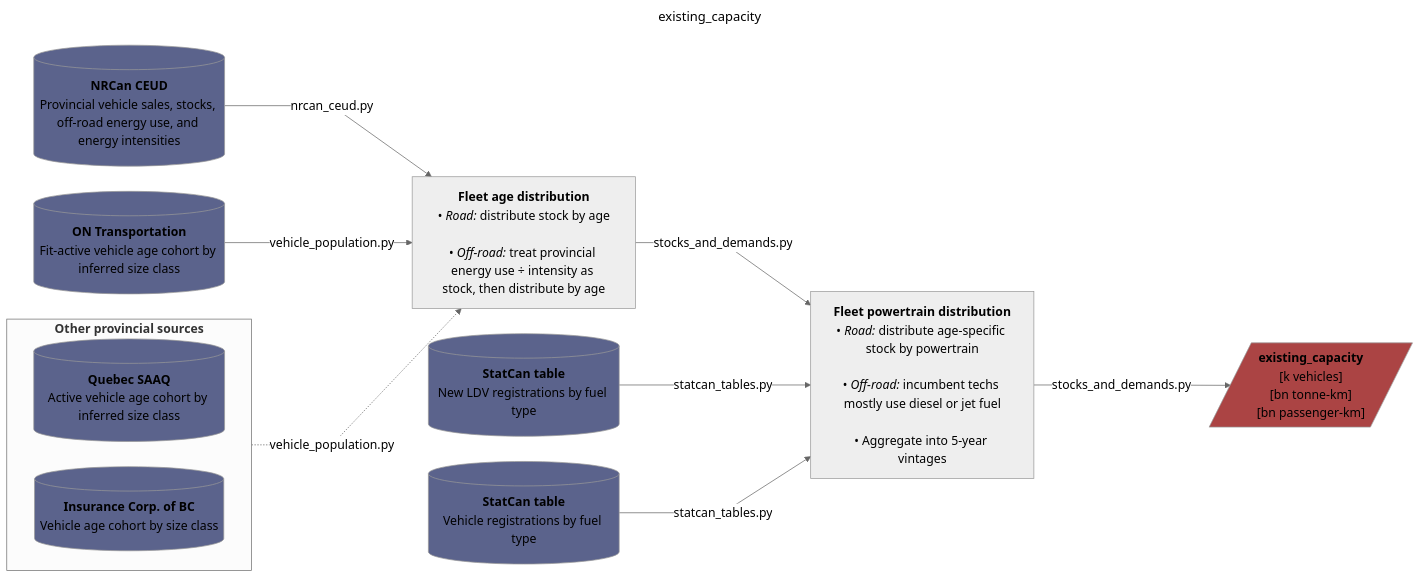
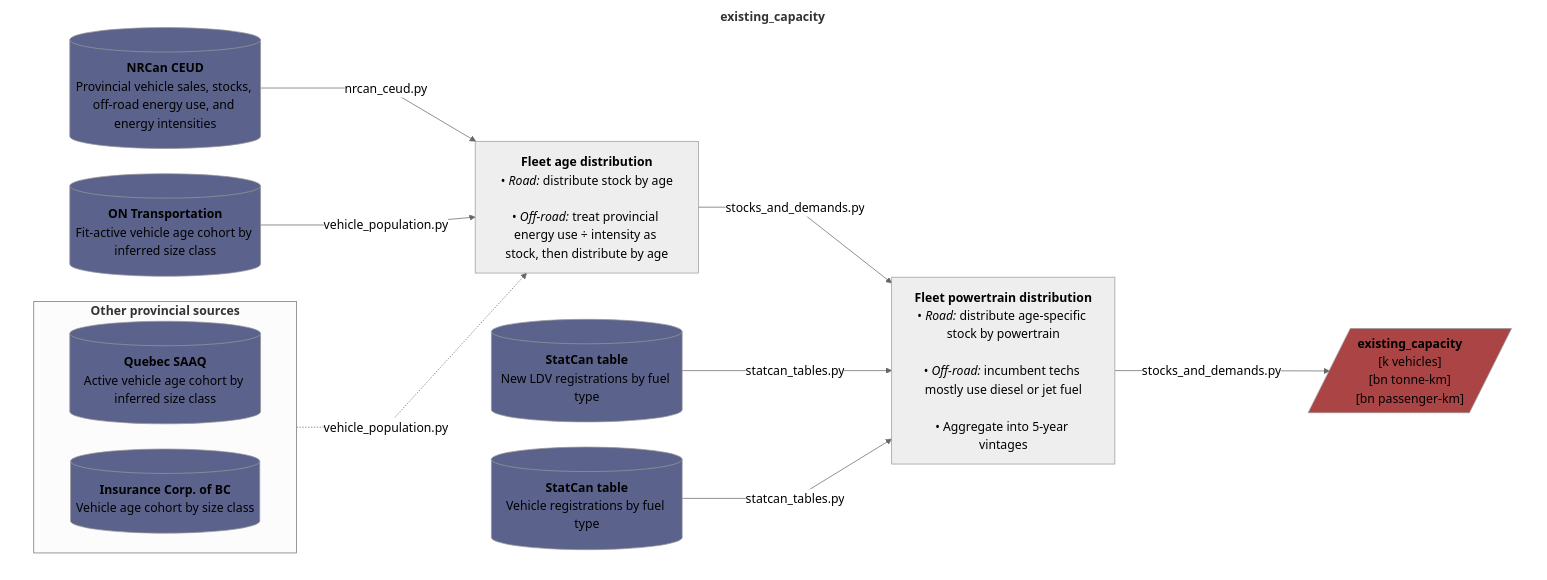
The third of 9 diagrams in README.md (CANOE-main/canoe-transportation), drawn with Mermaid before and after one commit. The commit also changed other lines of this file and 4 other files, not shown here.

Commit message:
Fixed README.md flowcharts' background and reverted utils/ into utils.py, - enclosed all diagrams inside a blank subgraph to always render a white background

````diff
--- a/README.md
+++ b/README.md
@@ -204,57 +204,60 @@
 ```mermaid
 ---
-title: existing_capacity
 config:
   layout: dagre
   theme: neutral
   themeVariables:
     fontSize: 17px
   flowchart:
     nodeSpacing: 35
     rankSpacing: 50
     wrappingWidth: 250
     curve: linear
 ---
 flowchart LR
+  subgraph canvas["`**existing_capacity**`"]
+  direction LR
   %% --- Sources ---
   s0[("`**NRCan CEUD**<br>Provincial vehicle sales, stocks, off-road energy use, and energy intensities`")]
   s1[("`**ON Transportation**<br>Fit-active vehicle age cohort by inferred size class`")]
 
   subgraph expansion["`**Other provincial sources**`"]
     direction LR
     s2[("`**Quebec SAAQ**<br>Active vehicle age cohort by inferred size class`")]
     s3[("`**Insurance Corp. of BC**<br>Vehicle age cohort by size class`")]
   end
 
   s4[("`**StatCan table**<br>New LDV registrations by fuel type`")]
   s5[("`**StatCan table**<br>Vehicle registrations by fuel type`")]
 
   %% --- Processes ---
   p1["`**Fleet age distribution<br>**• *Road:* distribute stock by age<br><br>• *Off-road:* treat provincial energy use ÷ intensity as stock, then distribute by age`"]
   s0 -- nrcan_ceud.py --> p1
   s1 -- vehicle_population.py --> p1
   expansion -. "vehicle_population.py" .-> p1
 
   p2["`**Fleet powertrain distribution**<br>• *Road:* distribute age-specific stock by powertrain<br><br>• *Off-road:* incumbent techs mostly use diesel or jet fuel<br><br>• Aggregate into 5-year vintages`"]
   p1 -- stocks_and_demands.py --> p2
   s4 -- statcan_tables.py --> p2
   s5 -- statcan_tables.py --> p2
 
   p2 -- stocks_and_demands.py --> o1[/"`**existing_capacity**<br>[k vehicles]<br>[bn tonne-km]<br>[bn passenger-km]`"/]
+  end
 
   %% --- Styling ---
+  style canvas fill:#ffffff,stroke:#ffffff
   classDef database fill:#5b638c
   classDef doc fill:#608c5b
   classDef output fill:#ab4444
 
   class s0,s1,s2,s3,s4,s5 database;
   class o1 output;
 
   %% --- Hyperlinks ---
   click s5 "https://doi.org/10.25318/2310030801-eng"
   click s4 "https://doi.org/10.25318/2010002501-eng"
   click s3 "https://public.tableau.com/app/profile/icbc/viz/VehiclePopulationIntroPage/VehiclePopulationData"
   click s2 "https://www.donneesquebec.ca/recherche/dataset/vehicules-en-circulation"
   click s1 "https://data.ontario.ca/dataset/vehicle-population-data"
   click s0 "https://oee.nrcan.gc.ca/corporate/statistics/neud/dpa/menus/trends/comprehensive_tables/list.cfm"
 ```
````
